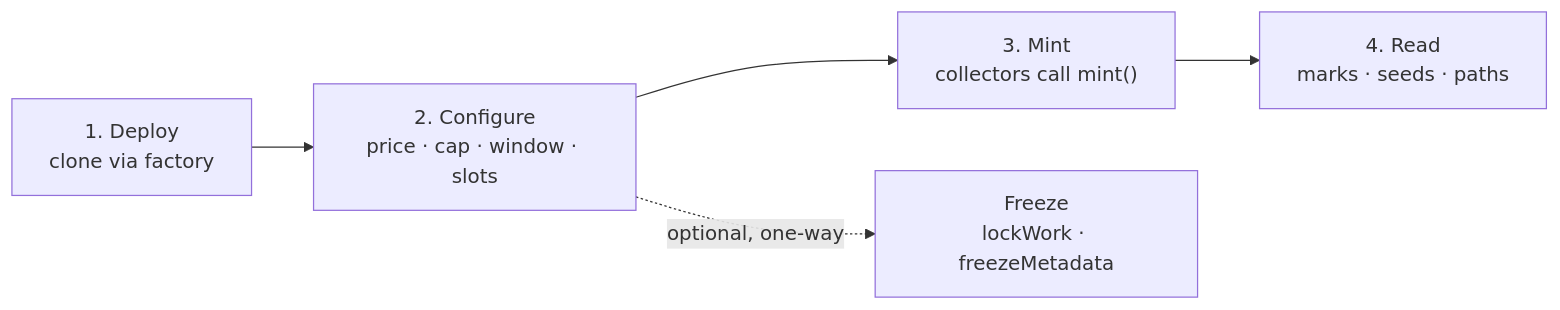
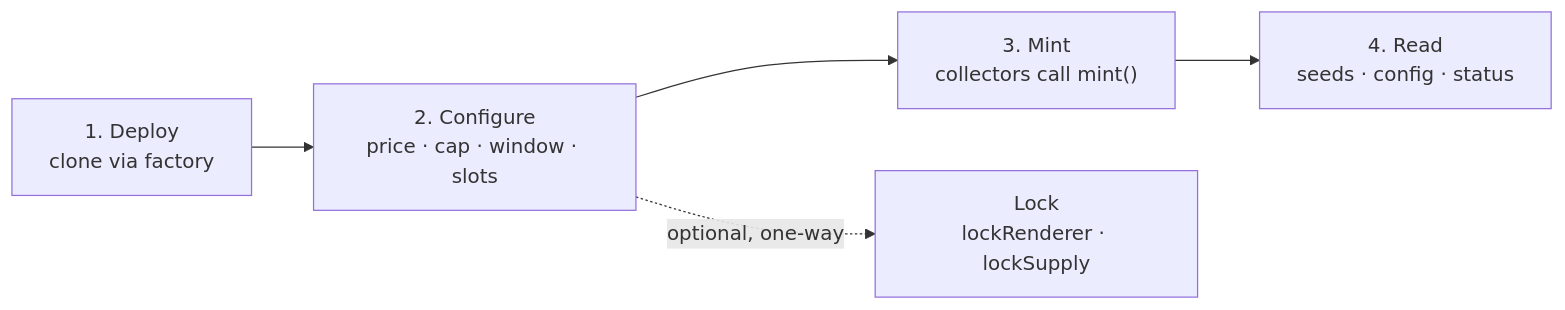
Before and after one commit to ripe0x/pin: the first of 3 diagrams in docs/collection-getting-started.md, drawn with Mermaid. The commit also changed other lines of this file and 43 other files, not shown here.

````diff
--- a/docs/collection-getting-started.md
+++ b/docs/collection-getting-started.md
@@ -16,7 +16,7 @@
 ```mermaid
 flowchart LR
     A["1. Deploy<br/>clone via factory"] --> B["2. Configure<br/>price · cap · window · slots"]
     B --> C["3. Mint<br/>collectors call mint()"]
-    C --> D["4. Read<br/>marks · seeds · paths"]
-    B -. optional, one-way .-> E["Freeze<br/>lockWork · freezeMetadata"]
+    C --> D["4. Read<br/>seeds · config · status"]
+    B -. optional, one-way .-> E["Lock<br/>lockRenderer · lockSupply"]
 ```
````
